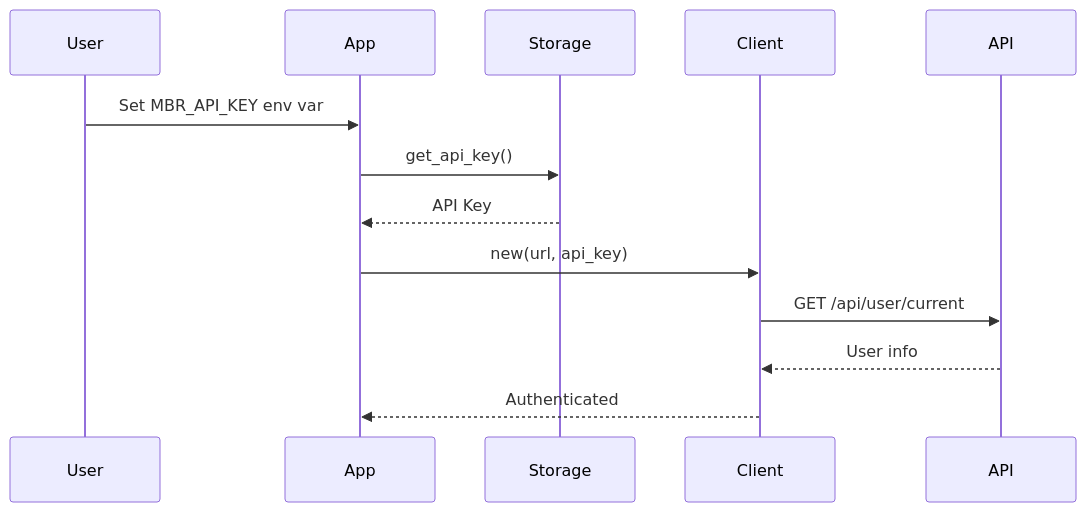
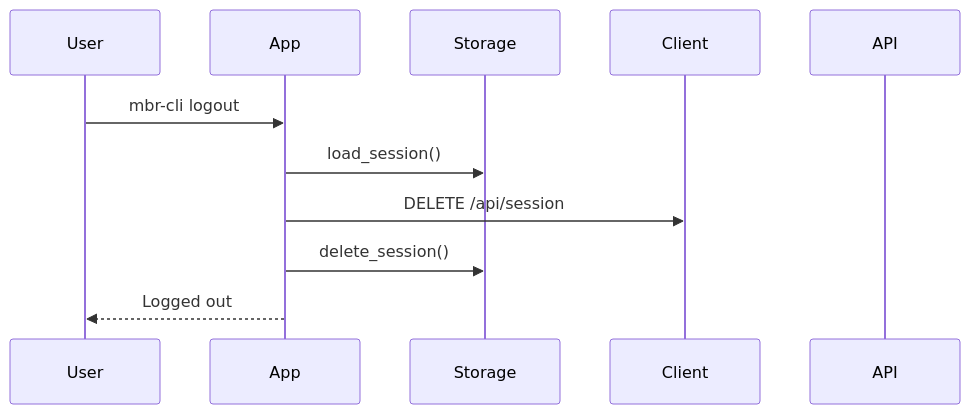
One commit to daisuke8000/mbr-cli changed the fourth of 8 diagrams in ARCHITECTURE.md. Above: the diagram before and after it, drawn with Mermaid. The commit also changed other lines of this file and 1 other file, not shown here.

First line of the commit message:
docs: align CLAUDE.md and ARCHITECTURE.md with session authentication (#74)

````diff
--- a/ARCHITECTURE.md
+++ b/ARCHITECTURE.md
@@ -77,16 +118,14 @@
 ```mermaid
 sequenceDiagram
     participant User
     participant App
     participant Storage
     participant Client
     participant API
 
-    User->>App: Set MBR_API_KEY env var
-    App->>Storage: get_api_key()
-    Storage-->>App: API Key
-    App->>Client: new(url, api_key)
-    Client->>API: GET /api/user/current
-    API-->>Client: User info
-    Client-->>App: Authenticated
+    User->>App: mbr-cli logout
+    App->>Storage: load_session()
+    App->>Client: DELETE /api/session
+    App->>Storage: delete_session()
+    App-->>User: Logged out
 ```
````
